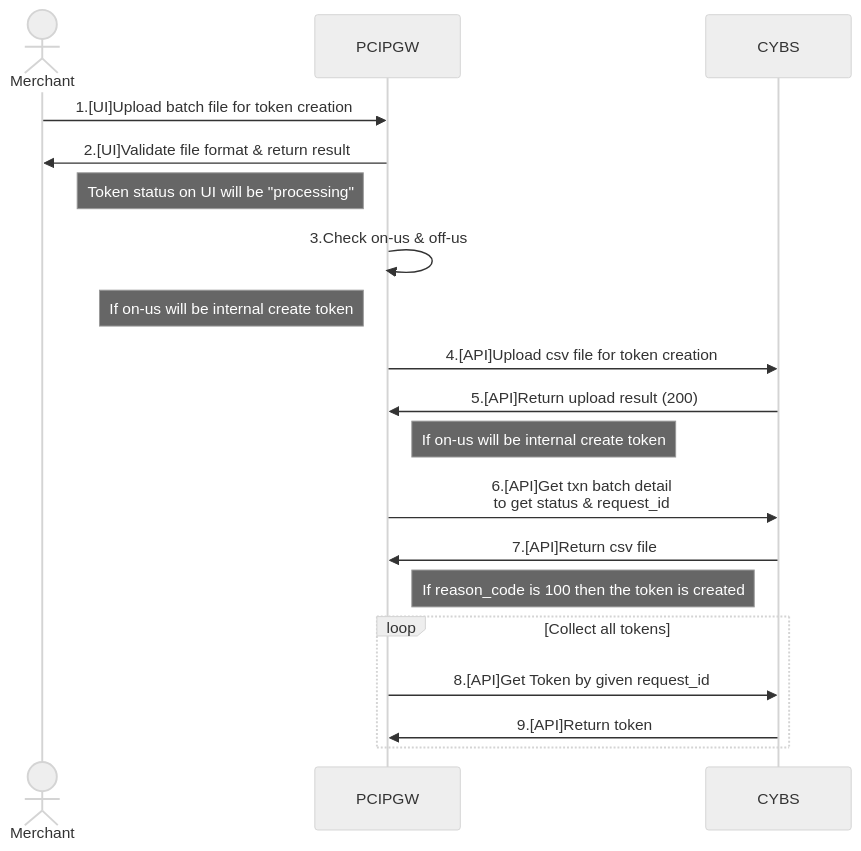
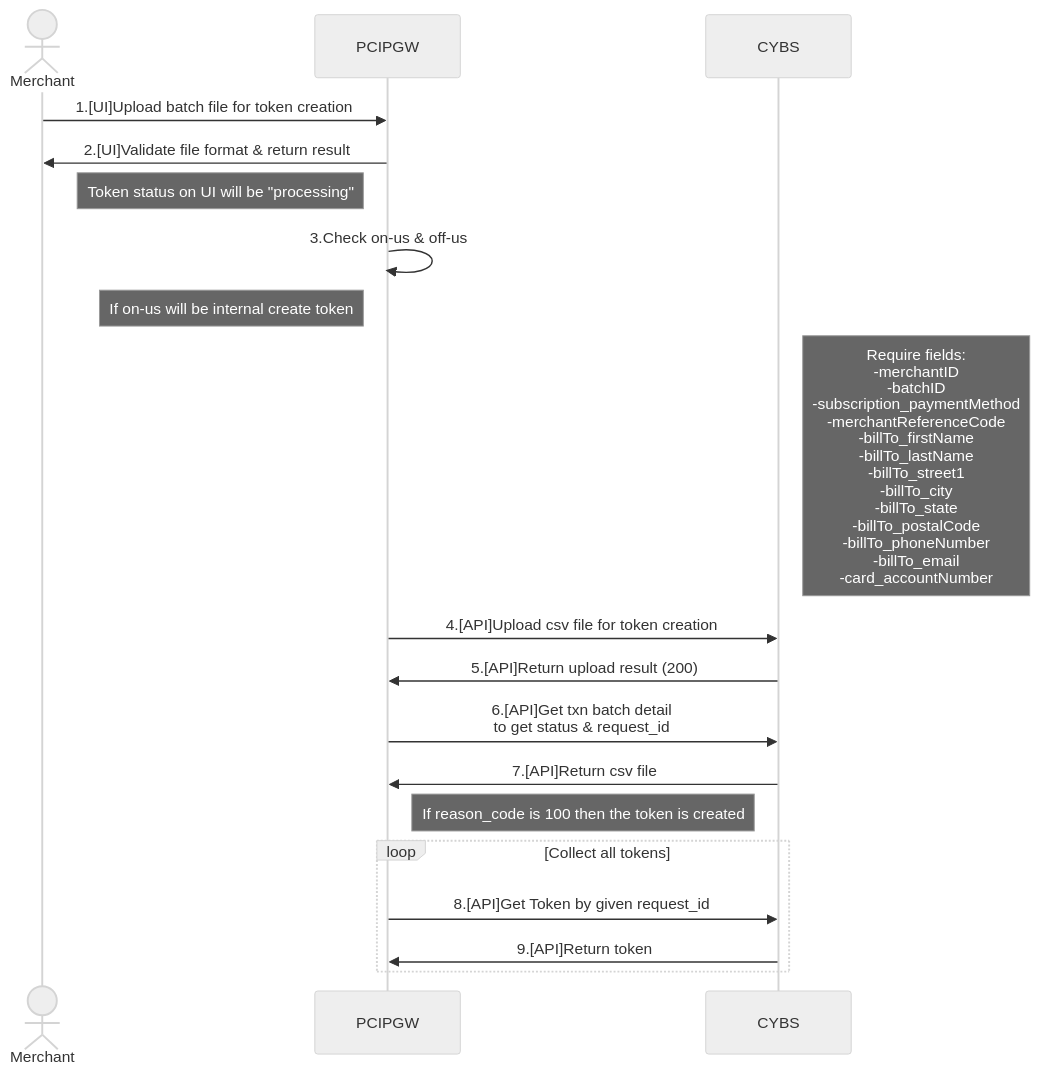
The first of 2 diagrams in CybsFlow.md (yuusuke25/MyNotes), drawn with Mermaid (neutral theme) before and after one commit.

````diff
--- a/CybsFlow.md
+++ b/CybsFlow.md
@@ -2,21 +2,21 @@
 ```mermaid
     sequenceDiagram
         Actor Merchant
         participant PCIPGW
         participant CYBS
         Merchant->>PCIPGW: 1.[UI]Upload batch file for token creation
         PCIPGW->>Merchant: 2.[UI]Validate file format & return result
         Note left of PCIPGW: Token status on UI will be "processing"
         PCIPGW->>PCIPGW: 3.Check on-us & off-us
         Note left of PCIPGW: If on-us will be internal create token
+        Note right of CYBS: Require fields:<br> -merchantID<br> -batchID<br> -subscription_paymentMethod<br> -merchantReferenceCode<br> -billTo_firstName<br> -billTo_lastName<br> -billTo_street1<br> -billTo_city<br> -billTo_state<br> -billTo_postalCode<br> -billTo_phoneNumber<br> -billTo_email<br> -card_accountNumber
         PCIPGW->>CYBS: 4.[API]Upload csv file for token creation
         CYBS->>PCIPGW: 5.[API]Return upload result (200)
-        Note right of PCIPGW: If on-us will be internal create token
         PCIPGW->>CYBS: 6.[API]Get txn batch detail<br>to get status & request_id
         CYBS->>PCIPGW: 7.[API]Return csv file
         Note right of PCIPGW: If reason_code is 100 then the token is created
         Loop Collect all tokens
             PCIPGW->>CYBS: 8.[API]Get Token by given request_id
             CYBS->>PCIPGW: 9.[API]Return token
         end
 ```
````
